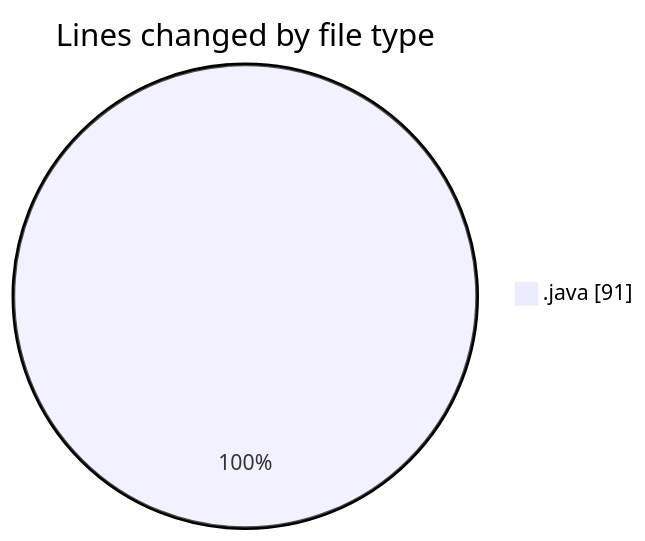
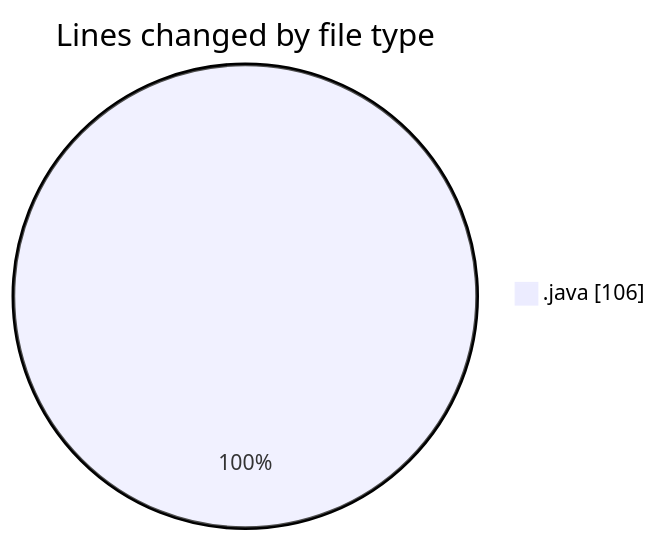
Before and after one commit to NitaiMahat/code-tracking: the first of 2 diagrams in 2025-02-05/coding_prac/README.md, drawn with Mermaid. The commit also changed other lines of this file and 1 other file, not shown here.

````diff
--- a/2025-02-05/coding_prac/README.md
+++ b/2025-02-05/coding_prac/README.md
@@ -24,5 +25,5 @@
 ```mermaid
 pie showData
 title Lines changed by file type
-".java" : 91
+".java" : 106
 ```
````
